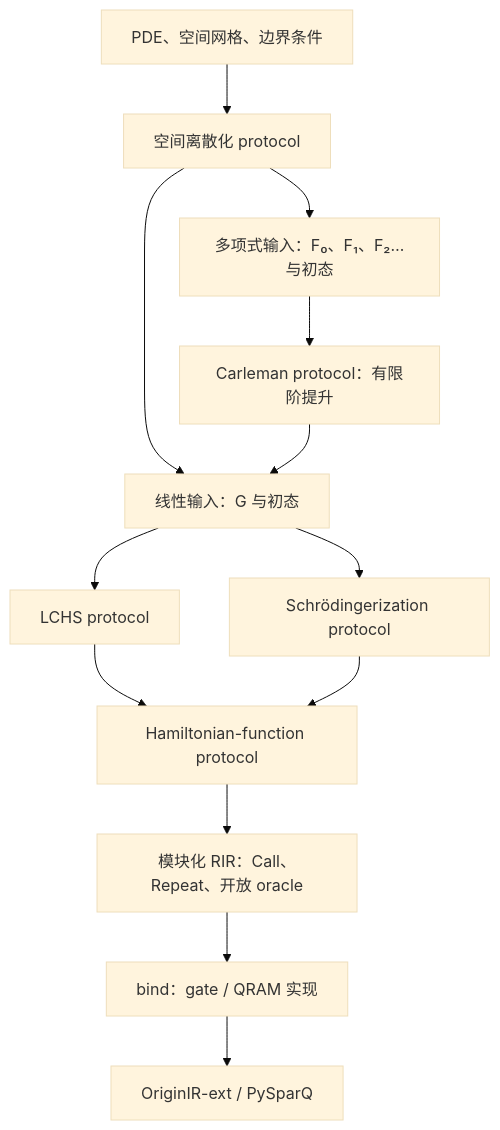
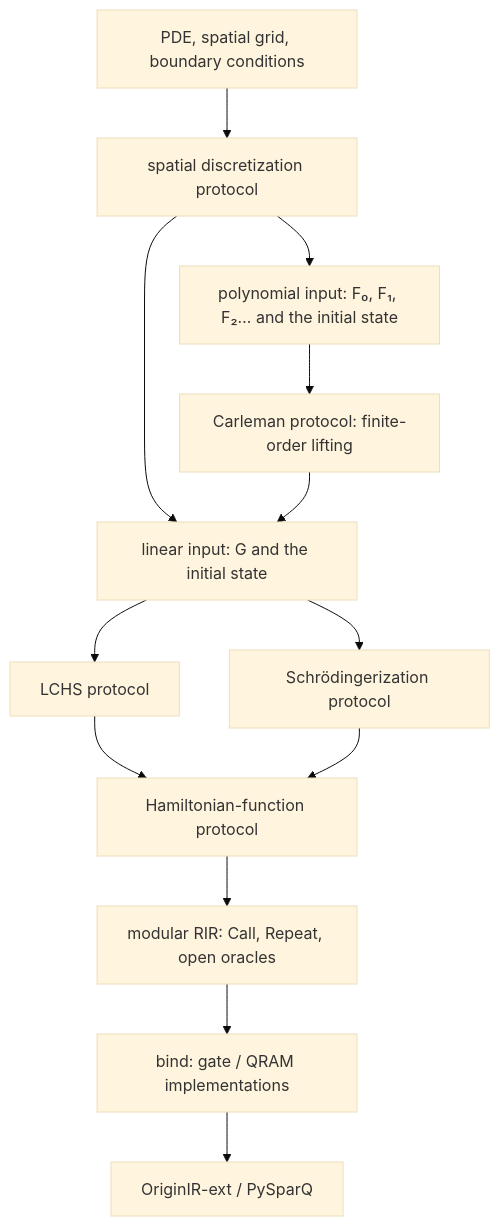
The diagram in docs/manual/differential-equations.md (IAI-USTC-Quantum/oracq), drawn with Mermaid (base theme) before and after one commit. The commit also changed other lines of this file and 420 other files, not shown here.

````diff
--- a/docs/manual/differential-equations.md
+++ b/docs/manual/differential-equations.md
@@ -11,15 +13,15 @@
 ```mermaid
 flowchart TD
-    PDE["PDE、空间网格、边界条件"] --> D["空间离散化 protocol"]
-    D --> LIN["线性输入：G 与初态"]
-    D --> POLY["多项式输入：F₀、F₁、F₂…与初态"]
-    POLY --> C["Carleman protocol：有限阶提升"]
+    PDE["PDE, spatial grid, boundary conditions"] --> D["spatial discretization protocol"]
+    D --> LIN["linear input: G and the initial state"]
+    D --> POLY["polynomial input: F₀, F₁, F₂… and the initial state"]
+    POLY --> C["Carleman protocol: finite-order lifting"]
     C --> LIN
     LIN --> L["LCHS protocol"]
     LIN --> S["Schrödingerization protocol"]
     L --> H["Hamiltonian-function protocol"]
     S --> H
-    H --> R["模块化 RIR：Call、Repeat、开放 oracle"]
-    R --> B["bind：gate / QRAM 实现"]
+    H --> R["modular RIR: Call, Repeat, open oracles"]
+    R --> B["bind: gate / QRAM implementations"]
     B --> E["OriginIR-ext / PySparQ"]
 ```
````
